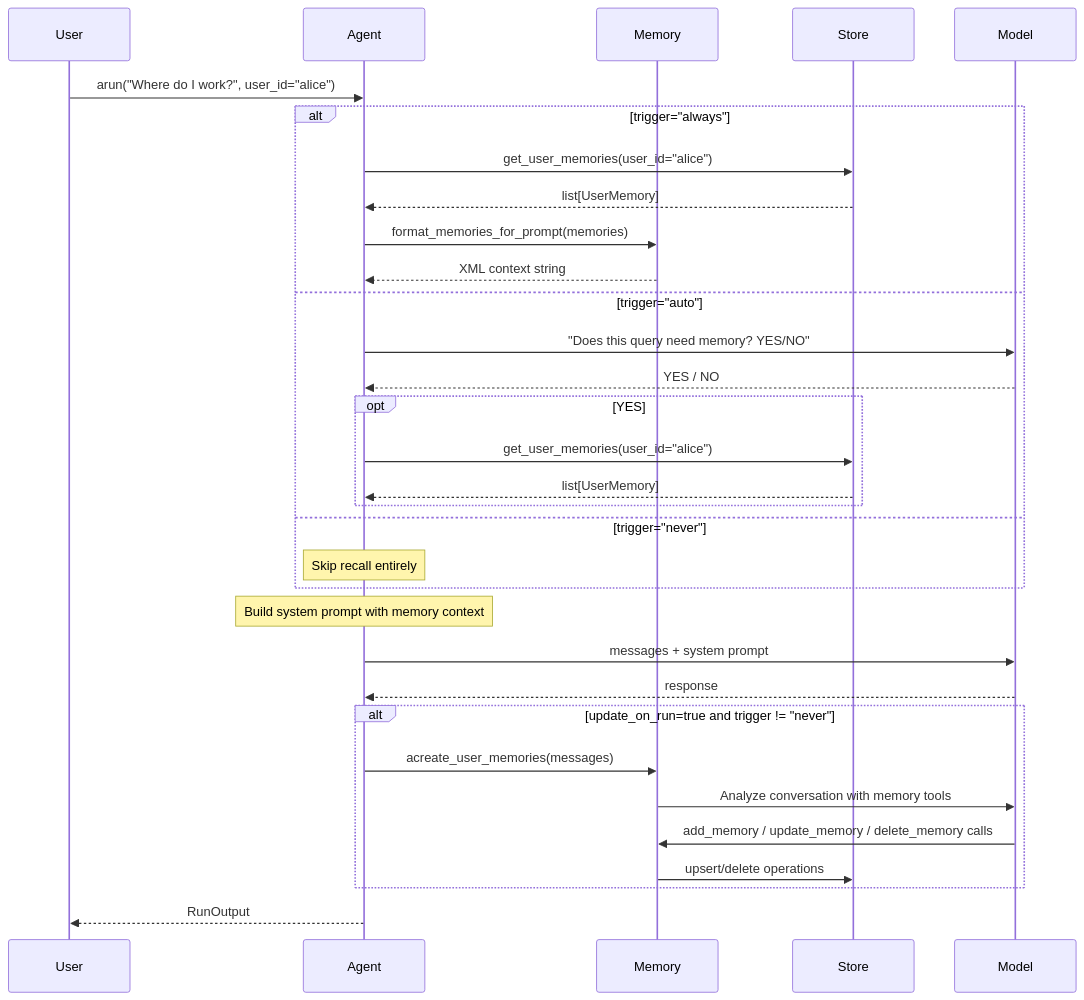
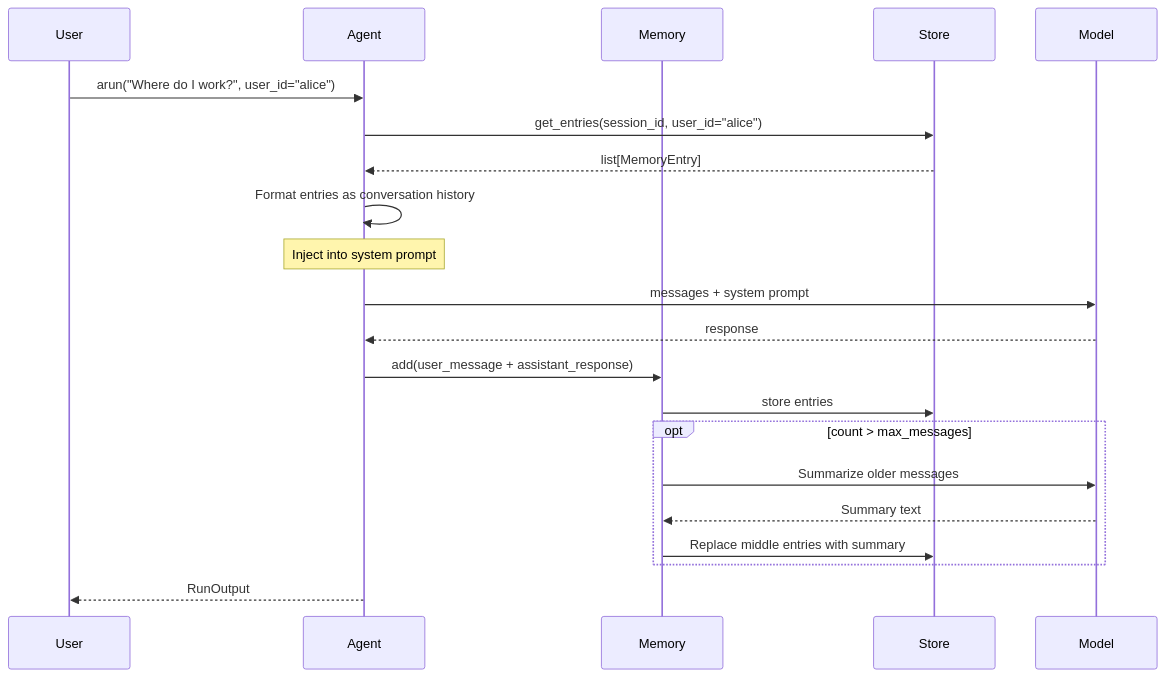
The diagram in definable/docs/memory/agent-integration.mdx (definableai/definable.ai), drawn with Mermaid before and after one commit. The commit also changed other lines of this file and 44 other files, not shown here.

First line of the commit message:
refactor: rewrite memory module as session-history buffer

````diff
--- a/definable/docs/memory/agent-integration.mdx
+++ b/definable/docs/memory/agent-integration.mdx
@@ -42,39 +39,28 @@
 ```mermaid
 sequenceDiagram
   participant User
   participant Agent
   participant Memory
   participant Store
   participant Model
 
   User->>Agent: arun("Where do I work?", user_id="alice")
 
-  alt trigger="always"
-    Agent->>Store: get_user_memories(user_id="alice")
-    Store-->>Agent: list[UserMemory]
-    Agent->>Memory: format_memories_for_prompt(memories)
-    Memory-->>Agent: XML context string
-  else trigger="auto"
-    Agent->>Model: "Does this query need memory? YES/NO"
-    Model-->>Agent: YES / NO
-    opt YES
-      Agent->>Store: get_user_memories(user_id="alice")
-      Store-->>Agent: list[UserMemory]
-    end
-  else trigger="never"
-    Note over Agent: Skip recall entirely
-  end
+  Agent->>Store: get_entries(session_id, user_id="alice")
+  Store-->>Agent: list[MemoryEntry]
+  Agent->>Agent: Format entries as conversation history
+  Note over Agent: Inject into system prompt
 
-  Note over Agent: Build system prompt with memory context
   Agent->>Model: messages + system prompt
   Model-->>Agent: response
 
-  alt update_on_run=true and trigger != "never"
-    Agent->>Memory: acreate_user_memories(messages)
-    Memory->>Model: Analyze conversation with memory tools
-    Model->>Memory: add_memory / update_memory / delete_memory calls
-    Memory->>Store: upsert/delete operations
+  Agent->>Memory: add(user_message + assistant_response)
+  Memory->>Store: store entries
+  opt count > max_messages
+    Memory->>Model: Summarize older messages
+    Model-->>Memory: Summary text
+    Memory->>Store: Replace middle entries with summary
   end
 
   Agent-->>User: RunOutput
 ```
````
